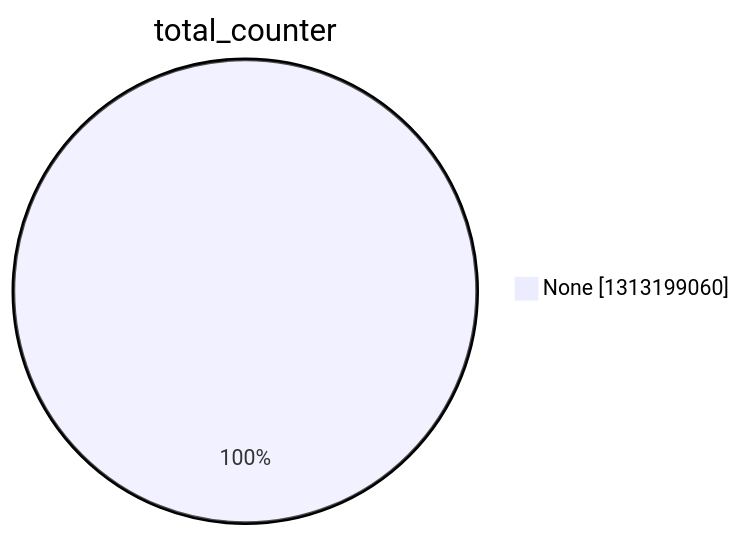
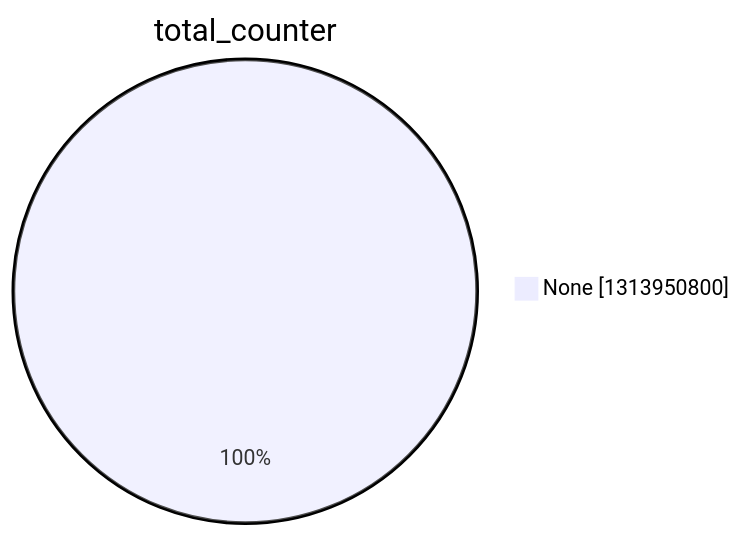
The second of 15 diagrams in argon2022/README.md (christiankrug/ctmonitor_visualization), drawn with Mermaid before and after one commit. The commit also changed other lines of this file, not shown here.

````diff
--- a/argon2022/README.md
+++ b/argon2022/README.md
@@ -9,5 +9,5 @@
 ```mermaid
 pie showData
 title total_counter
-"None" :1313199060
+"None" :1313950800
 ```
````
